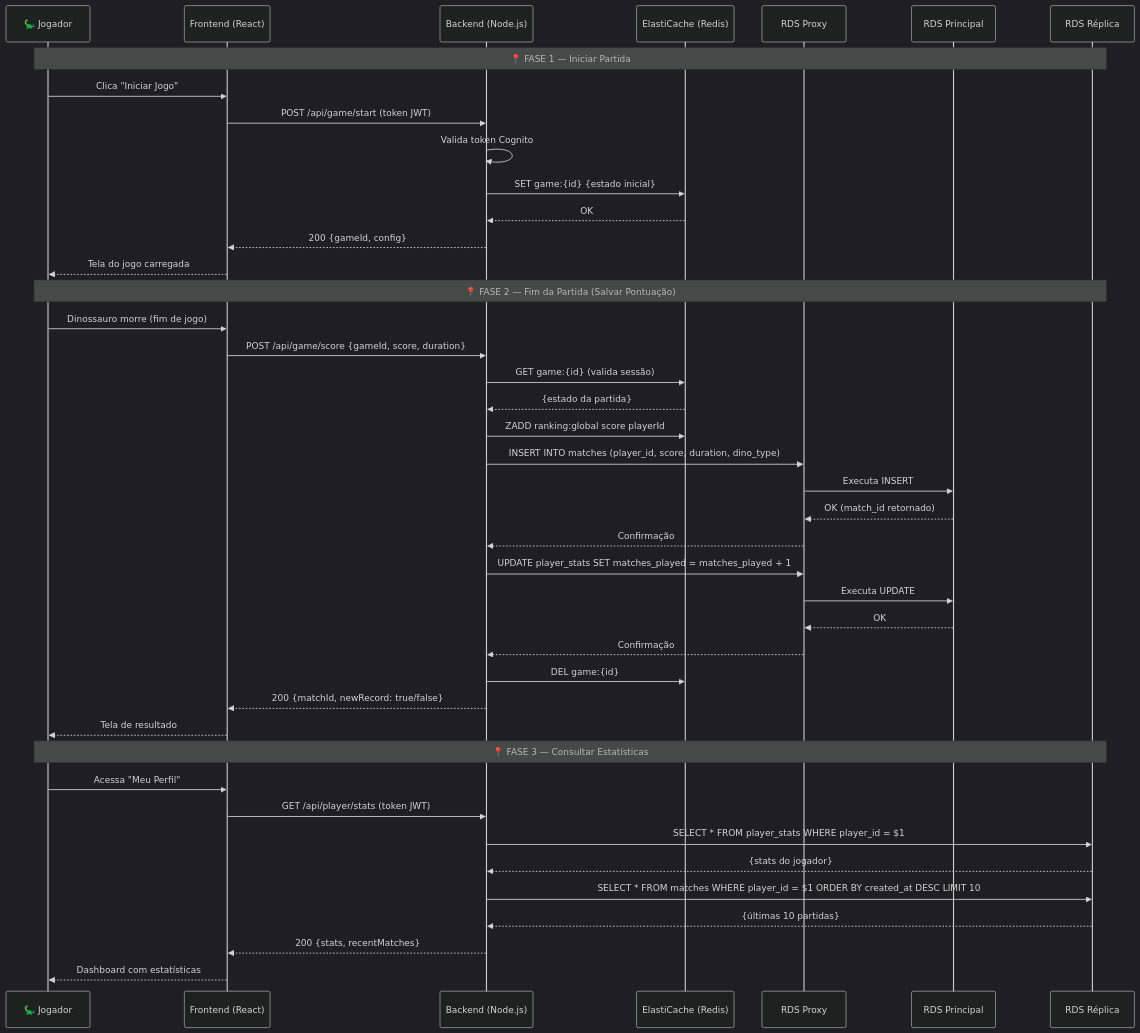
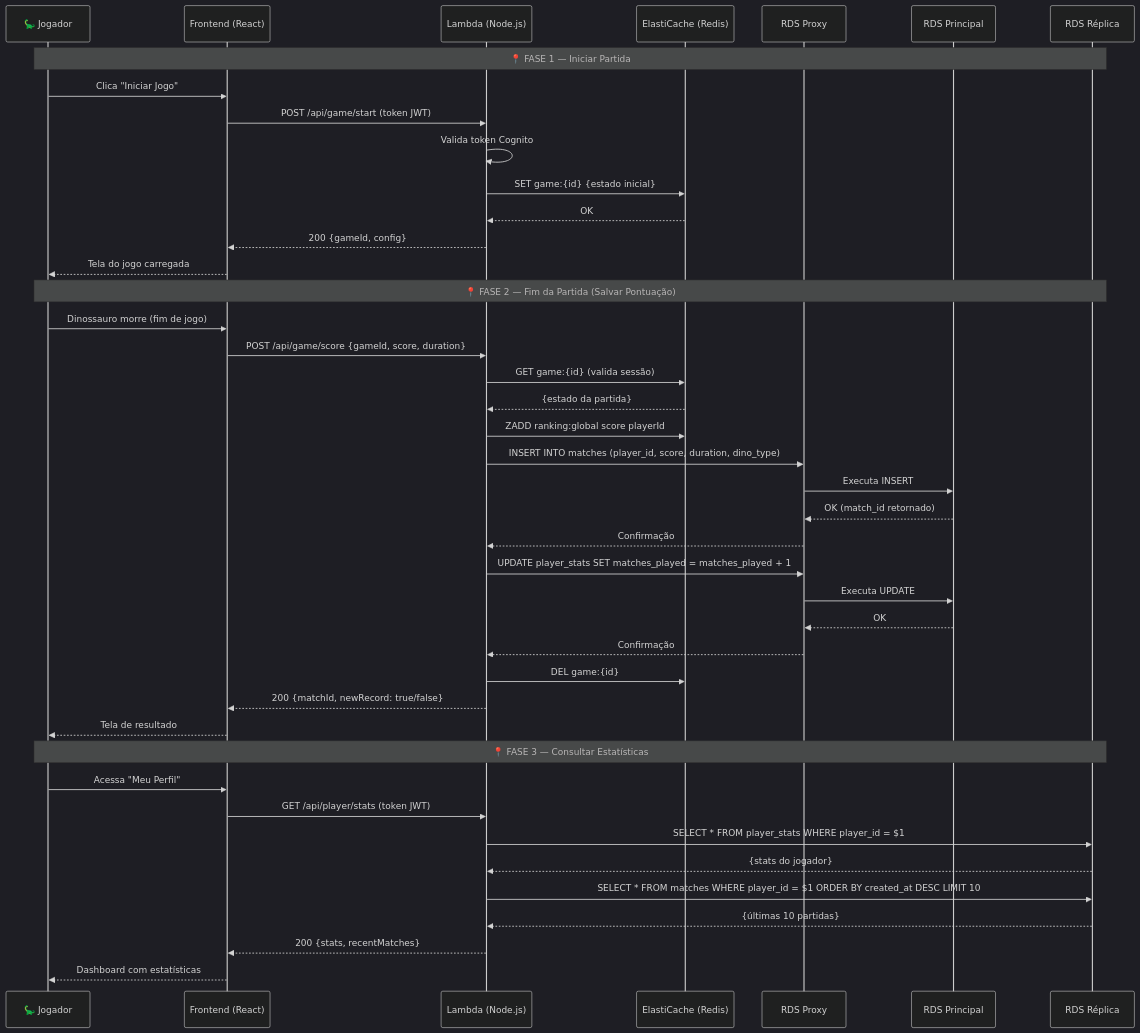
Before and after one commit to luizinhesta/Amazon_RDS_e_AWS_Backup: the second of 4 diagrams in ARQUITETURA.md, drawn with Mermaid (dark theme). The commit also changed other lines of this file and 8 other files, not shown here.

````diff
--- a/ARQUITETURA.md
+++ b/ARQUITETURA.md
@@ -148,50 +159,50 @@
 ```mermaid
 sequenceDiagram
     participant J as 🦕 Jogador
     participant F as Frontend (React)
-    participant B as Backend (Node.js)
+    participant B as Lambda (Node.js)
     participant C as ElastiCache (Redis)
     participant P as RDS Proxy
     participant DB as RDS Principal
     participant R as RDS Réplica
 
     Note over J,R: 📍 FASE 1 — Iniciar Partida
 
     J->>F: Clica "Iniciar Jogo"
     F->>B: POST /api/game/start (token JWT)
     B->>B: Valida token Cognito
     B->>C: SET game:{id} {estado inicial}
     C-->>B: OK
     B-->>F: 200 {gameId, config}
     F-->>J: Tela do jogo carregada
 
     Note over J,R: 📍 FASE 2 — Fim da Partida (Salvar Pontuação)
 
     J->>F: Dinossauro morre (fim de jogo)
     F->>B: POST /api/game/score {gameId, score, duration}
     B->>C: GET game:{id} (valida sessão)
     C-->>B: {estado da partida}
     B->>C: ZADD ranking:global score playerId
     B->>P: INSERT INTO matches (player_id, score, duration, dino_type)
     P->>DB: Executa INSERT
     DB-->>P: OK (match_id retornado)
     P-->>B: Confirmação
     B->>P: UPDATE player_stats SET matches_played = matches_played + 1
     P->>DB: Executa UPDATE
     DB-->>P: OK
     P-->>B: Confirmação
     B->>C: DEL game:{id}
     B-->>F: 200 {matchId, newRecord: true/false}
     F-->>J: Tela de resultado
 
     Note over J,R: 📍 FASE 3 — Consultar Estatísticas
 
     J->>F: Acessa "Meu Perfil"
     F->>B: GET /api/player/stats (token JWT)
     B->>R: SELECT * FROM player_stats WHERE player_id = $1
     R-->>B: {stats do jogador}
     B->>R: SELECT * FROM matches WHERE player_id = $1 ORDER BY created_at DESC LIMIT 10
     R-->>B: {últimas 10 partidas}
     B-->>F: 200 {stats, recentMatches}
     F-->>J: Dashboard com estatísticas
 ```
````
